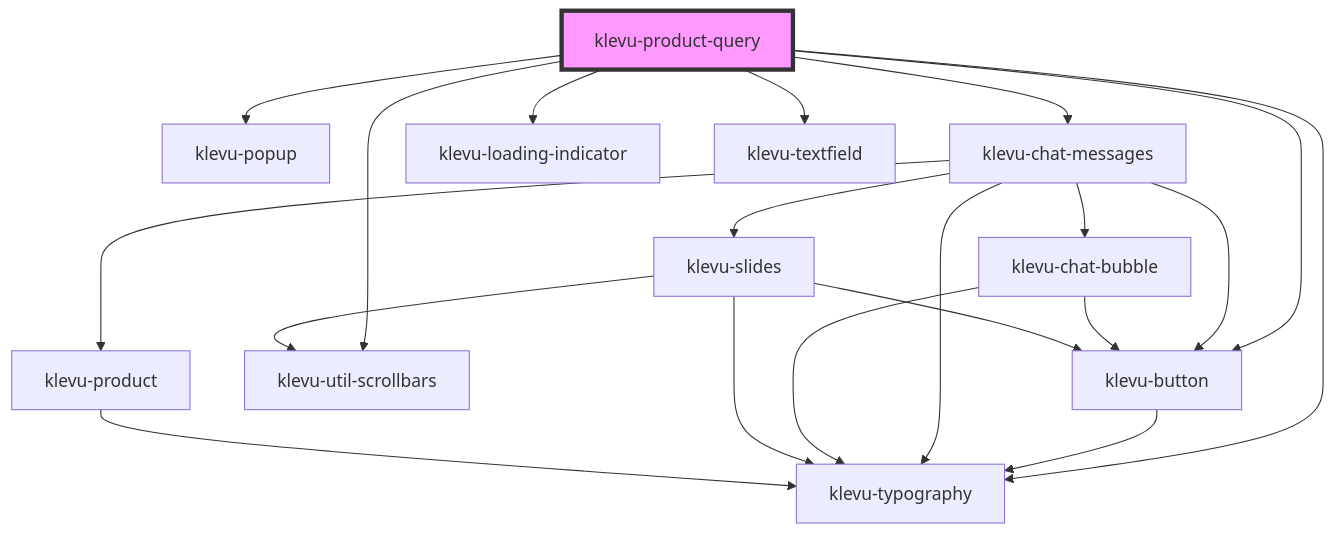
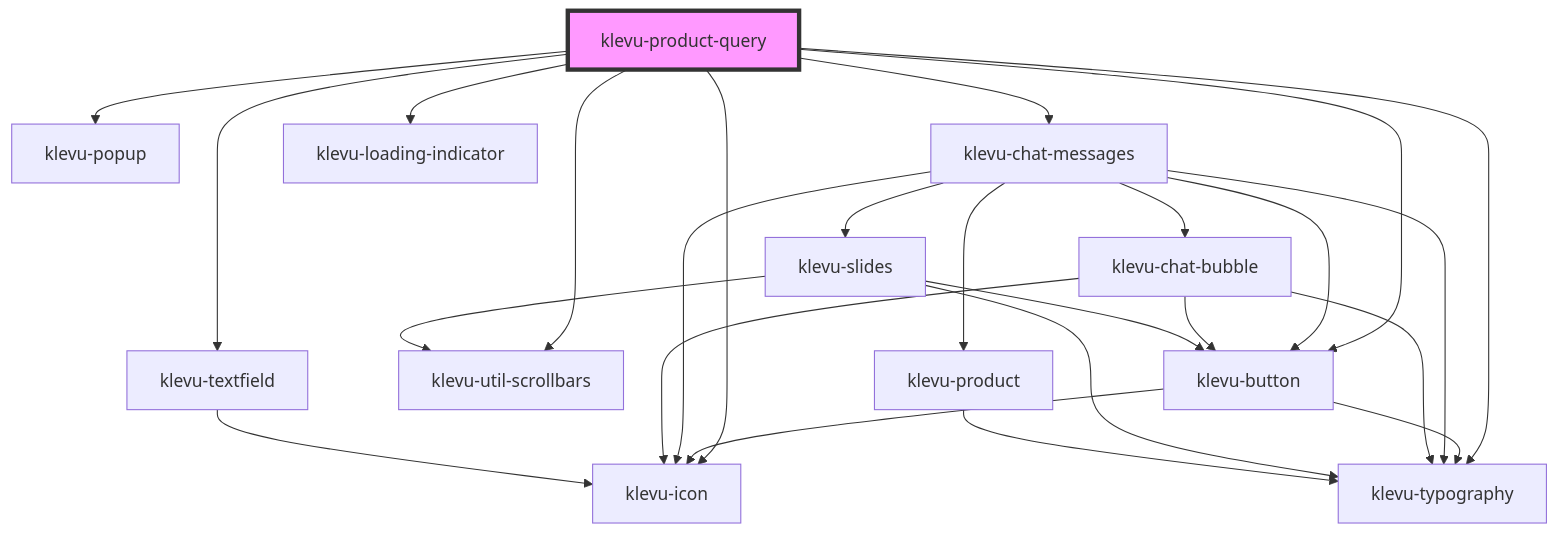
Before and after one commit to klevultd/frontend-sdk: the diagram in packages/klevu-ui/src/components/klevu-product-query/readme.md, drawn with Mermaid. The commit also changed other lines of this file and 80 other files, not shown here.

Commit message:
Create a klevu-icon component

````diff
--- a/packages/klevu-ui/src/components/klevu-product-query/readme.md
+++ b/packages/klevu-ui/src/components/klevu-product-query/readme.md
@@ -54,23 +54,28 @@
 ```mermaid
 graph TD;
   klevu-product-query --> klevu-popup
   klevu-product-query --> klevu-button
   klevu-product-query --> klevu-typography
+  klevu-product-query --> klevu-icon
   klevu-product-query --> klevu-util-scrollbars
   klevu-product-query --> klevu-chat-messages
   klevu-product-query --> klevu-loading-indicator
   klevu-product-query --> klevu-textfield
+  klevu-button --> klevu-icon
   klevu-button --> klevu-typography
   klevu-chat-messages --> klevu-chat-bubble
+  klevu-chat-messages --> klevu-icon
   klevu-chat-messages --> klevu-typography
   klevu-chat-messages --> klevu-button
   klevu-chat-messages --> klevu-slides
   klevu-chat-messages --> klevu-product
   klevu-chat-bubble --> klevu-typography
+  klevu-chat-bubble --> klevu-icon
   klevu-chat-bubble --> klevu-button
   klevu-slides --> klevu-typography
   klevu-slides --> klevu-button
   klevu-slides --> klevu-util-scrollbars
   klevu-product --> klevu-typography
+  klevu-textfield --> klevu-icon
   style klevu-product-query fill:#f9f,stroke:#333,stroke-width:4px
 ```
````
